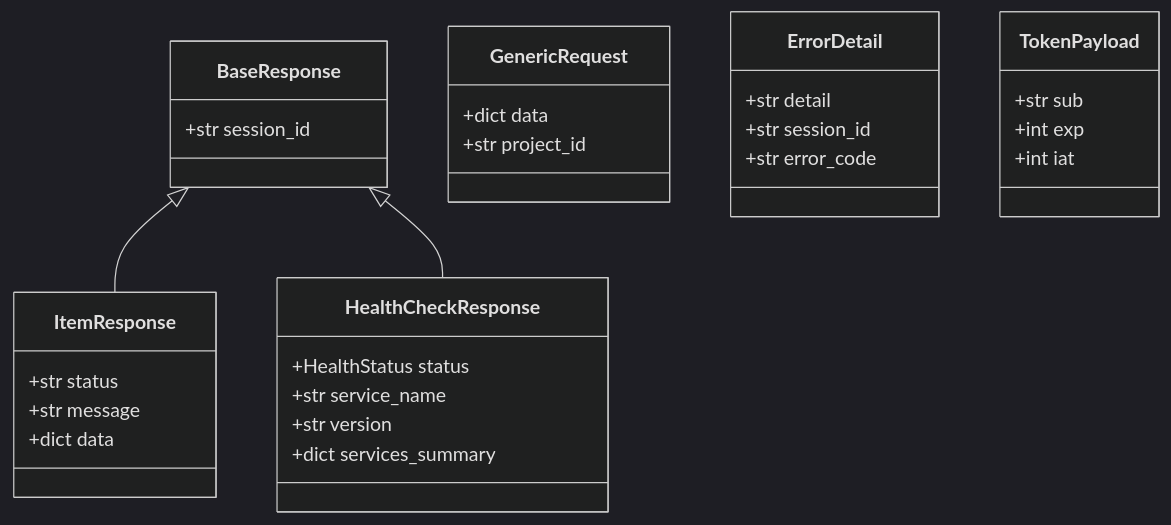
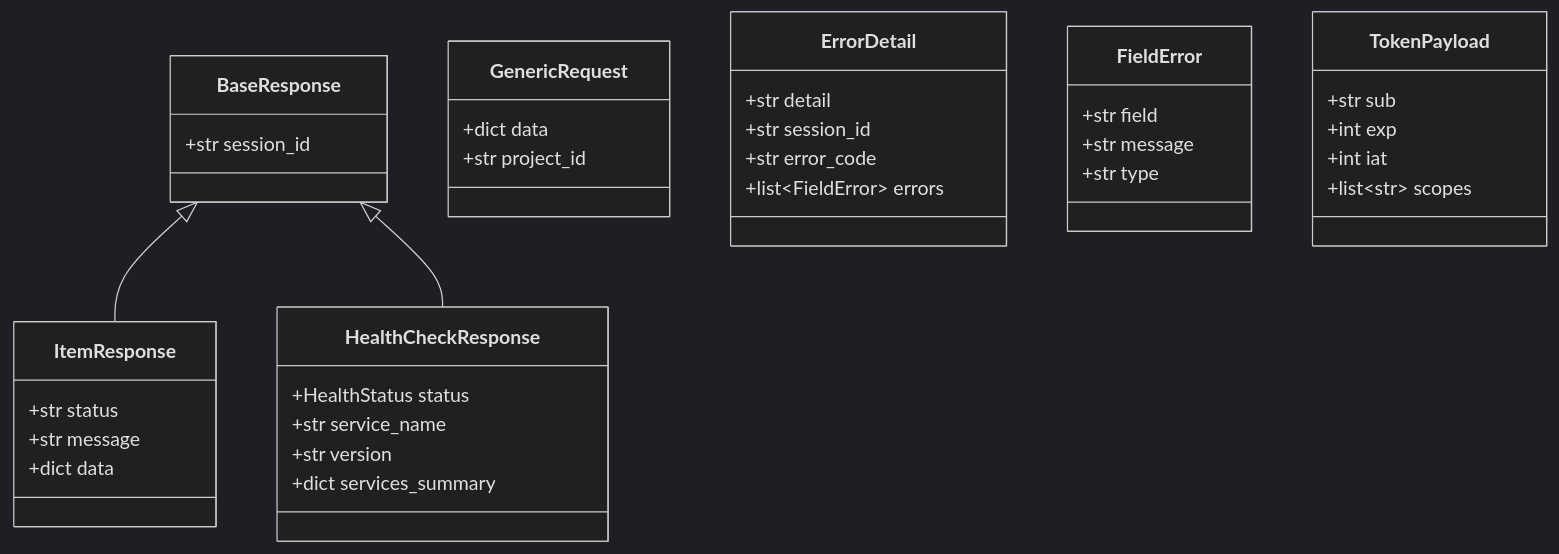
Before and after one commit to Furious-Meteors/modal-template-fastapi: the fourth of 4 diagrams in docs/architecture.md, drawn with Mermaid (dark theme). The commit also changed other lines of this file and 17 other files, not shown here.

````diff
--- a/docs/architecture.md
+++ b/docs/architecture.md
@@ -214,34 +214,41 @@
 ```mermaid
 classDiagram
     class BaseResponse {
         +str session_id
     }
     class ItemResponse {
         +str status
         +str message
         +dict data
     }
     class HealthCheckResponse {
         +HealthStatus status
         +str service_name
         +str version
         +dict services_summary
     }
     class GenericRequest {
         +dict data
         +str project_id
     }
     class ErrorDetail {
         +str detail
         +str session_id
         +str error_code
+        +list~FieldError~ errors
+    }
+    class FieldError {
+        +str field
+        +str message
+        +str type
     }
     class TokenPayload {
         +str sub
         +int exp
         +int iat
+        +list~str~ scopes
     }
 
     BaseResponse <|-- ItemResponse
     BaseResponse <|-- HealthCheckResponse
 ```
````
